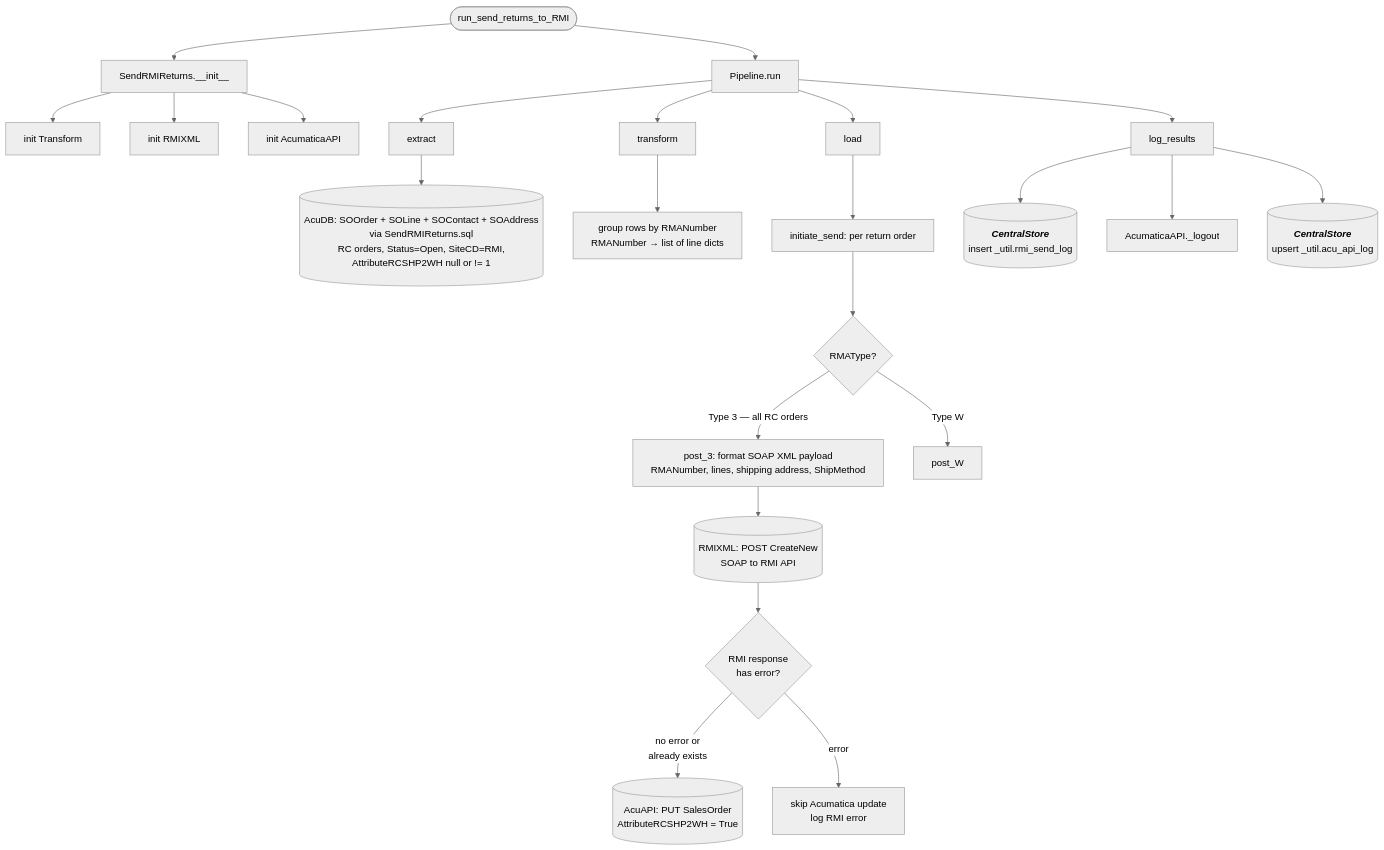
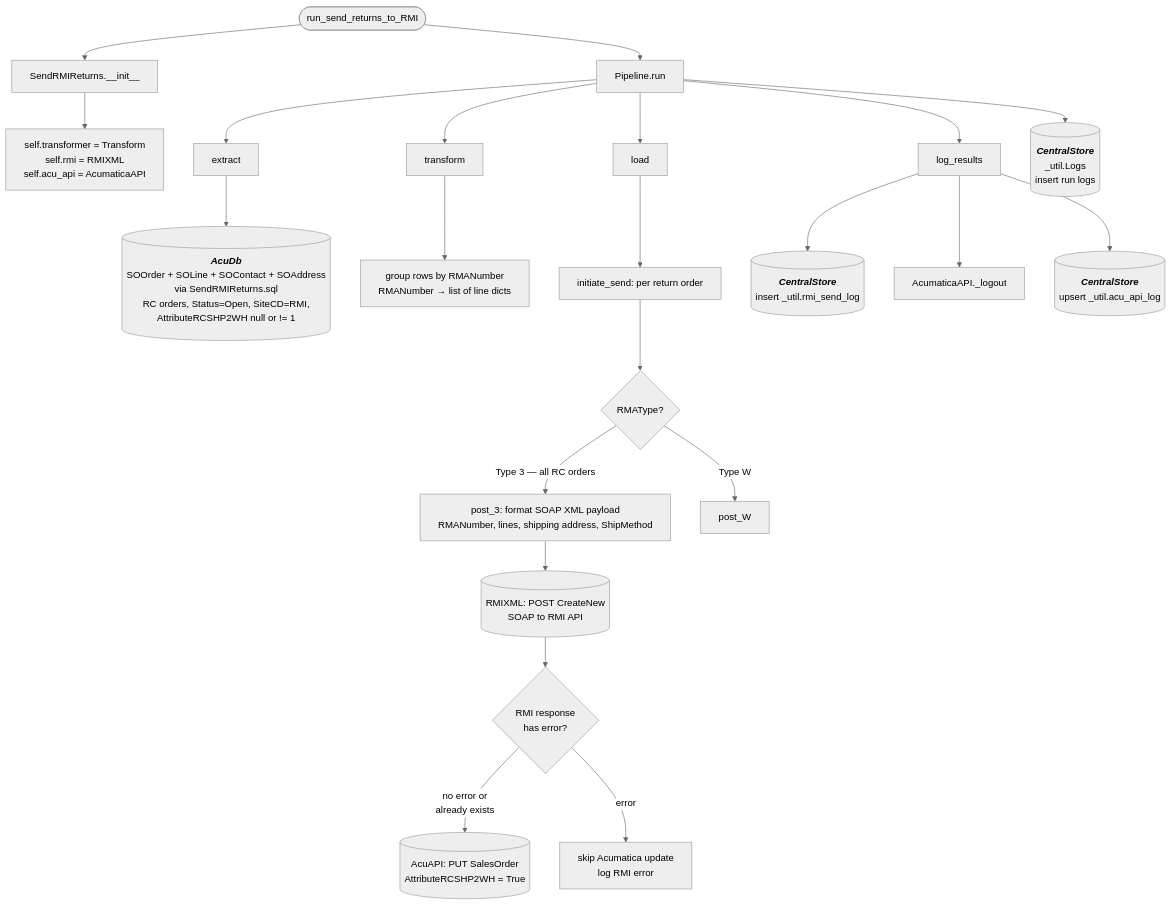
One commit to journeyhl/integration-platform changed the diagram in docs/pipelines/rmi_send_returns.md. Above: the diagram before and after it, drawn with Mermaid (neutral theme). The commit also changed 25 other files, not shown here.

````diff
--- a/docs/pipelines/rmi_send_returns.md
+++ b/docs/pipelines/rmi_send_returns.md
@@ -1,35 +1,43 @@
 ```mermaid
 %%{init: {"flowchart": {"wrappingWidth": 400}}}%%
 flowchart TD
     A([run_send_returns_to_RMI]) --> B[SendRMIReturns.__init__]
-    B --> B1[init Transform]
-    B --> B2[init RMIXML]
-    B --> B3[init AcumaticaAPI]
+    B --> B1[ 
+        self.transformer = Transform
+        self.rmi = RMIXML
+        self.acu_api = AcumaticaAPI
+    ]
     A --> RUN[Pipeline.run]
 
     RUN --> EX[extract]
-    EX --> D1[(AcuDB: SOOrder + SOLine + SOContact + SOAddress<br/>via SendRMIReturns.sql<br/>RC orders, Status=Open, SiteCD=RMI,<br/>AttributeRCSHP2WH null or != 1)]
+    EX --> D1[(
+        <b><i>AcuDb</i></b>
+        SOOrder + SOLine + SOContact + SOAddress<br/>via SendRMIReturns.sql<br/>RC orders, Status=Open, SiteCD=RMI,<br/>AttributeRCSHP2WH null or != 1)]
 
     RUN --> TR[transform]
     TR --> T1[group rows by RMANumber<br/>RMANumber → list of line dicts]
 
     RUN --> LD[load]
     LD --> LD1[initiate_send: per return order]
     LD1 --> LD2{RMAType?}
     LD2 -->|Type 3 — all RC orders| LD3[post_3: format SOAP XML payload<br/>RMANumber, lines, shipping address, ShipMethod]
     LD2 -->|Type W| LD4[post_W]
     LD3 --> RS1[(RMIXML: POST CreateNew<br/>SOAP to RMI API)]
     RS1 --> LD5{RMI response<br/>has error?}
     LD5 -->|no error or<br/>already exists| LD6[(AcuAPI: PUT SalesOrder<br/>AttributeRCSHP2WH = True)]
     LD5 -->|error| SKIP[skip Acumatica update<br/>log RMI error]
 
     RUN --> LR[log_results]
     LR --> LR1[(
         <b><i>CentralStore</i></b>
         insert _util.rmi_send_log
     )]
     LR --> LO[AcumaticaAPI._logout]
     LR --> UPS[(
         <b><i>CentralStore</i></b>
         upsert _util.acu_api_log)]
+    RUN --> LOGS[(
+        <b><i>CentralStore</i></b>
+        _util.Logs<br/>insert run logs
+    )]
 ```
````
